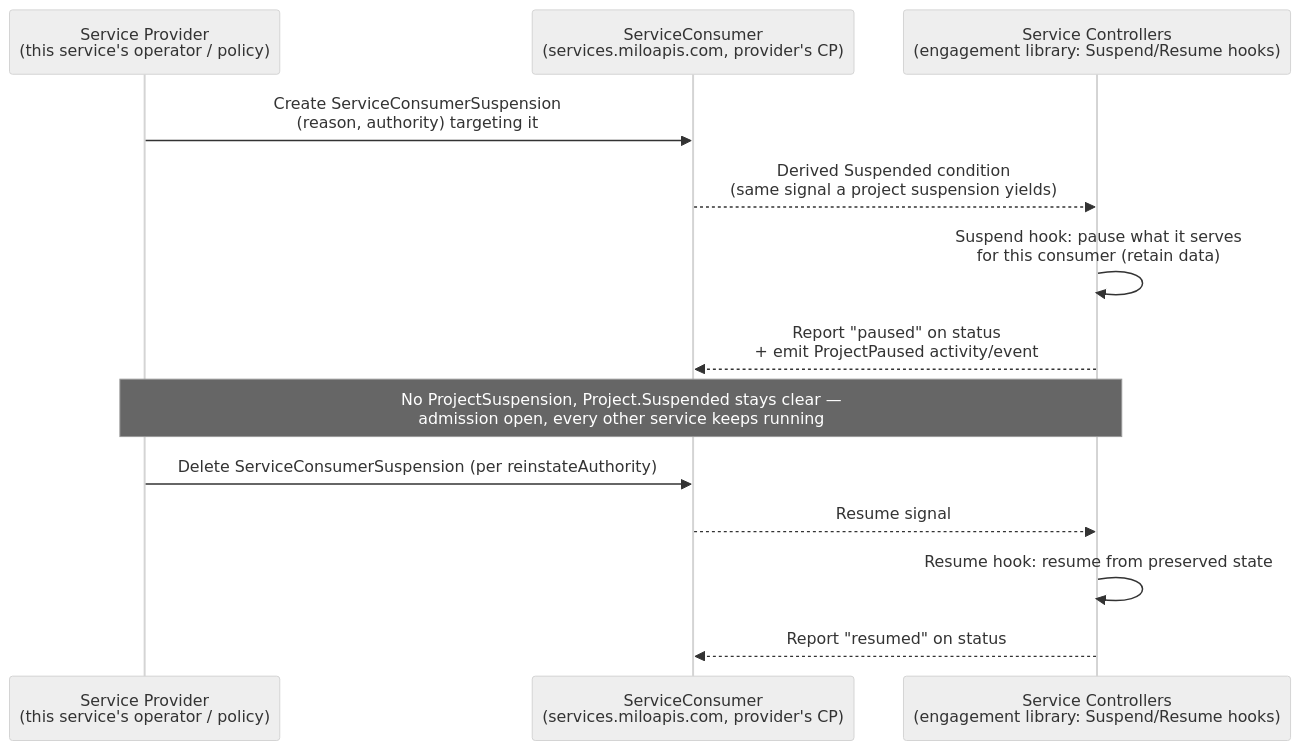
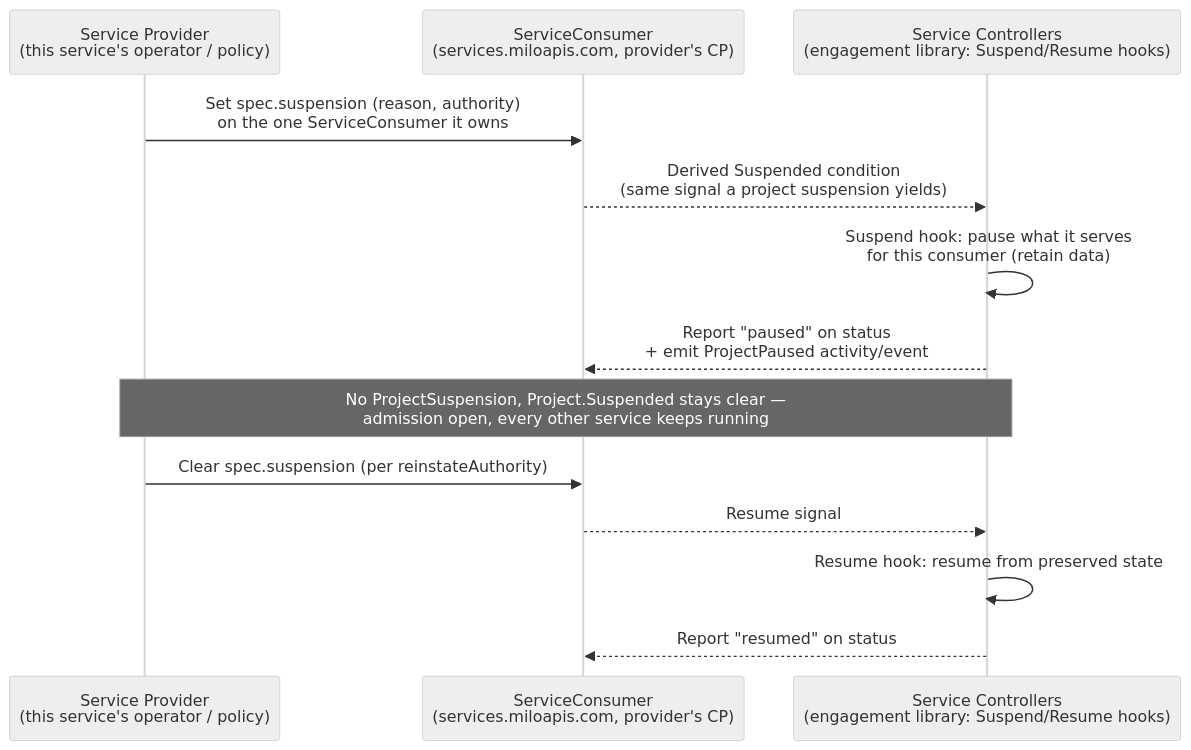
The third of 3 diagrams in enhancements/platform/project-suspension/README.md (datum-cloud/enhancements), drawn with Mermaid (neutral theme) before and after one commit. The commit also changed other lines of this file, not shown here.

First line of the commit message:
docs(project-suspension): model provider suspension as a spec.suspension field

````diff
--- a/enhancements/platform/project-suspension/README.md
+++ b/enhancements/platform/project-suspension/README.md
@@ -531,17 +532,17 @@
 ```mermaid
 sequenceDiagram
     participant Prov as Service Provider<br/>(this service's operator / policy)
     participant SC as ServiceConsumer<br/>(services.miloapis.com, provider's CP)
     participant Svc as Service Controllers<br/>(engagement library: Suspend/Resume hooks)
 
-    Prov->>SC: Create ServiceConsumerSuspension<br/>(reason, authority) targeting it
+    Prov->>SC: Set spec.suspension (reason, authority)<br/>on the one ServiceConsumer it owns
     SC-->>Svc: Derived Suspended condition<br/>(same signal a project suspension yields)
     Svc->>Svc: Suspend hook: pause what it serves<br/>for this consumer (retain data)
     Svc-->>SC: Report "paused" on status<br/>+ emit ProjectPaused activity/event
     Note over Prov,Svc: No ProjectSuspension, Project.Suspended stays clear —<br/>admission open, every other service keeps running
 
-    Prov->>SC: Delete ServiceConsumerSuspension (per reinstateAuthority)
+    Prov->>SC: Clear spec.suspension (per reinstateAuthority)
     SC-->>Svc: Resume signal
     Svc->>Svc: Resume hook: resume from preserved state
     Svc-->>SC: Report "resumed" on status
 ```
````
